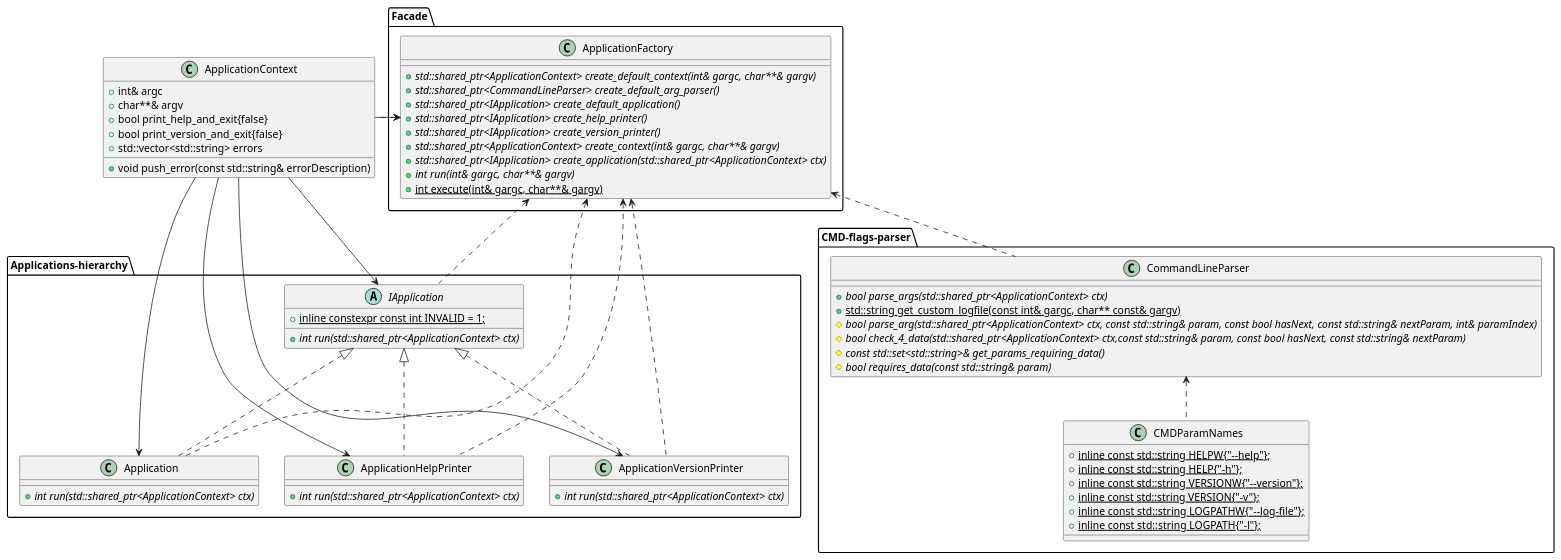
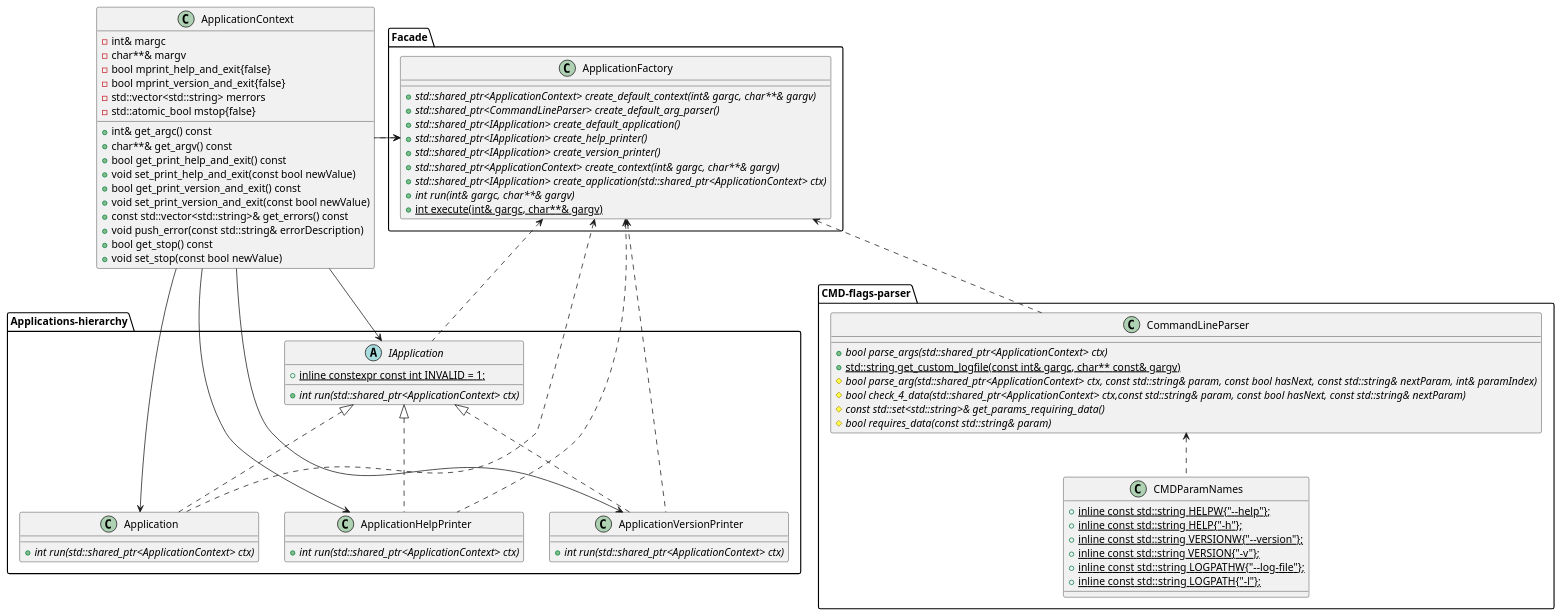
One commit to yuriysydor1991/cpp-app-template changed the diagram in doc/diagrams/plantuml/template-project-app-structure.puml. Above: the diagram before and after it, drawn with PlantUML. The commit also changed 16 other files, not shown here.

Commit message:
Hiding the ApplicationContext fields and adding the atomic stop flag

```diff
--- a/doc/diagrams/plantuml/template-project-app-structure.puml
+++ b/doc/diagrams/plantuml/template-project-app-structure.puml
@@ -1,85 +1,95 @@
 @startuml
 
 package Applications-hierarchy {
   abstract class IApplication {
     +{abstract} int run(std::shared_ptr<ApplicationContext> ctx)
 
     +{static}inline constexpr const int INVALID = 1;
   }
 
   class Application {
     +{abstract} int run(std::shared_ptr<ApplicationContext> ctx)
   }
 
   class ApplicationHelpPrinter {
     +{abstract} int run(std::shared_ptr<ApplicationContext> ctx)
   }
 
   class ApplicationVersionPrinter {
     +{abstract} int run(std::shared_ptr<ApplicationContext> ctx)
   }
 }
 
 class ApplicationContext {
-  +int& argc
-  +char**& argv
-  +bool print_help_and_exit{false}
-  +bool print_version_and_exit{false}
-  +std::vector<std::string> errors
+  -int& margc
+  -char**& margv
+  -bool mprint_help_and_exit{false}
+  -bool mprint_version_and_exit{false}
+  -std::vector<std::string> merrors
+  -std::atomic_bool mstop{false}
+  +int& get_argc() const
+  +char**& get_argv() const
+  +bool get_print_help_and_exit() const
+  +void set_print_help_and_exit(const bool newValue)
+  +bool get_print_version_and_exit() const
+  +void set_print_version_and_exit(const bool newValue)
+  +const std::vector<std::string>& get_errors() const
   +void push_error(const std::string& errorDescription)
+  +bool get_stop() const
+  +void set_stop(const bool newValue)
 }
 
 package Facade {
   class ApplicationFactory {
     +{abstract} std::shared_ptr<ApplicationContext> create_default_context(int& gargc, char**& gargv)
     +{abstract} std::shared_ptr<CommandLineParser> create_default_arg_parser()
     +{abstract} std::shared_ptr<IApplication> create_default_application()
     +{abstract} std::shared_ptr<IApplication> create_help_printer()
     +{abstract} std::shared_ptr<IApplication> create_version_printer()
     +{abstract} std::shared_ptr<ApplicationContext> create_context(int& gargc, char**& gargv)
     +{abstract} std::shared_ptr<IApplication> create_application(std::shared_ptr<ApplicationContext> ctx)
     +{abstract} int run(int& gargc, char**& gargv)
     +{static} int execute(int& gargc, char**& gargv)
   }
 }
 
 package CMD-flags-parser {
   class CommandLineParser {
     +{abstract} bool parse_args(std::shared_ptr<ApplicationContext> ctx)
     +{static} std::string get_custom_logfile(const int& gargc, char** const& gargv)
     #{abstract} bool parse_arg(std::shared_ptr<ApplicationContext> ctx, const std::string& param, const bool hasNext, const std::string& nextParam, int& paramIndex)
     #{abstract} bool check_4_data(std::shared_ptr<ApplicationContext> ctx,const std::string& param, const bool hasNext, const std::string& nextParam)
     #{abstract} const std::set<std::string>& get_params_requiring_data()
     #{abstract} bool requires_data(const std::string& param)
   }
 
   class CMDParamNames {
     +{static} inline const std::string HELPW{"--help"};
     +{static} inline const std::string HELP{"-h"};
     +{static} inline const std::string VERSIONW{"--version"};
     +{static} inline const std::string VERSION{"-v"};
     +{static} inline const std::string LOGPATHW{"--log-file"};
     +{static} inline const std::string LOGPATH{"-l"};
   }
 }
 
 IApplication <|.. Application
 IApplication <|.. ApplicationHelpPrinter
 IApplication <|.. ApplicationVersionPrinter
 
 ApplicationContext --> IApplication
 ApplicationContext --> Application
 ApplicationContext --> ApplicationHelpPrinter
 ApplicationContext --> ApplicationVersionPrinter
 ApplicationContext --> ApplicationFactory
 
 ApplicationFactory <.. IApplication
 ApplicationFactory <.. Application
 ApplicationFactory <.. ApplicationHelpPrinter
 ApplicationFactory <.. ApplicationVersionPrinter
 ApplicationFactory <.. ApplicationContext
 ApplicationFactory <.. CommandLineParser
 
 CommandLineParser <.. CMDParamNames
 
 @enduml
```
